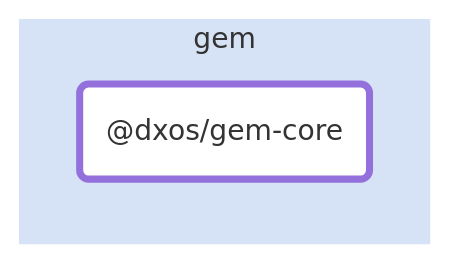
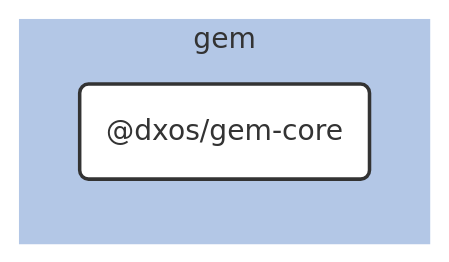
One commit to dxos/dxos changed the diagram in packages/gem/gem-core/docs/README.md. Above: the diagram before and after it, drawn with Mermaid. The commit also changed 69 other files, not shown here.

````diff
--- a/packages/gem/gem-core/docs/README.md
+++ b/packages/gem/gem-core/docs/README.md
@@ -7,12 +7,25 @@
 ```mermaid
-flowchart LR;
+%%{ init: {'flowchart':{'curve':'basis'}} }%%
 
-style dxos/gem-core fill:#fff,stroke-width:4px;
+flowchart LR
+
+%% Links
+
+%% Sections
+subgraph gem
+  style gem fill:#b3c7e6,stroke:#fff;
+
+  dxos/gem-core("@dxos/gem-core")
+end
 
 
-subgraph gem
-  style gem fill:#d6e2f5,stroke:#fff;
-  dxos/gem-core("@dxos/gem-core");
-end
+%% Hyperlinks
+
+%% Styles
+classDef rootNode fill:#fff,stroke:#333,stroke-width:2px
+classDef defaultNode fill:#fff,stroke:#333,stroke-width:1px
+linkStyle default stroke:#333,stroke-width:1px
+
+dxos/gem-core:::rootNode
 
 ```
````
